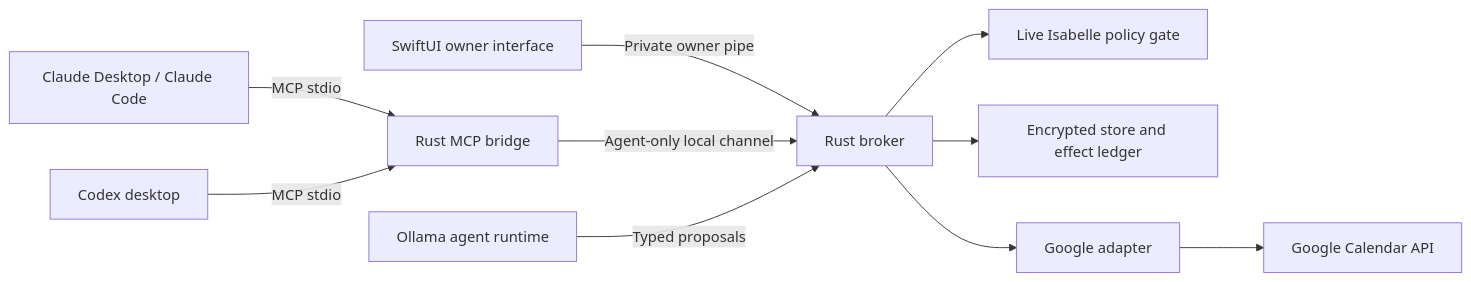
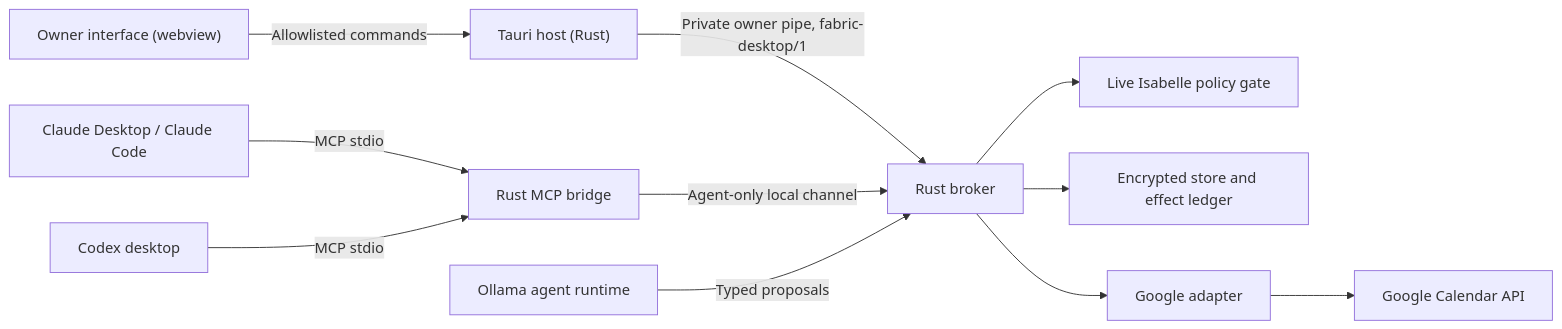
The diagram in docs/plans/calendar-desktop-plan.md (aregm/fabric), drawn with Mermaid before and after one commit. The commit also changed other lines of this file and 6 other files, not shown here.

````diff
--- a/docs/plans/calendar-desktop-plan.md
+++ b/docs/plans/calendar-desktop-plan.md
@@ -110,12 +110,13 @@
 ```mermaid
 flowchart LR
-    UI["SwiftUI owner interface"] -->|"Private owner pipe"| B["Rust broker"]
+    UI["Owner interface (webview)"] -->|"Allowlisted commands"| H["Tauri host (Rust)"]
+    H -->|"Private owner pipe, fabric-desktop/1"| B["Rust broker"]
     CD["Claude Desktop / Claude Code"] -->|"MCP stdio"| M["Rust MCP bridge"]
     CX["Codex desktop"] -->|"MCP stdio"| M
     M -->|"Agent-only local channel"| B
     O["Ollama agent runtime"] -->|"Typed proposals"| B
     B --> P["Live Isabelle policy gate"]
     B --> D["Encrypted store and effect ledger"]
     B --> G["Google adapter"]
     G --> API["Google Calendar API"]
 ```
````
